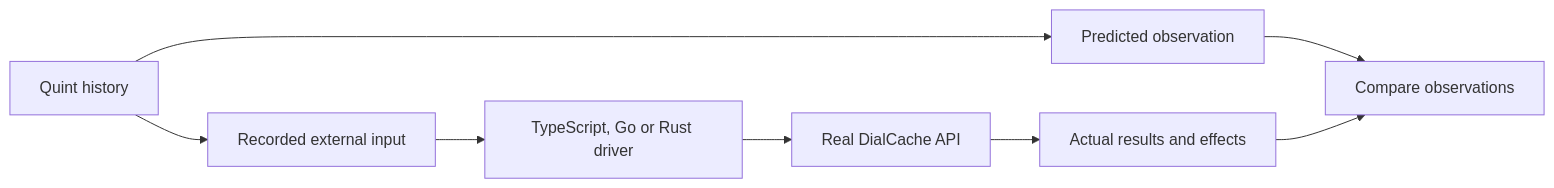
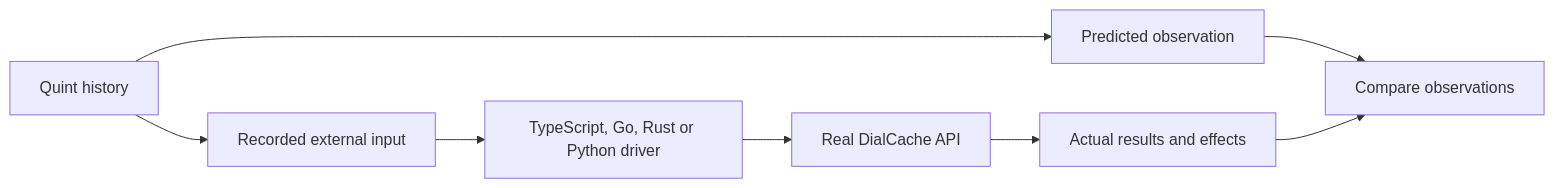
One commit to lan17/DialCache changed the diagram in formal/guides/WALKTHROUGH.md. Above: the diagram before and after it, drawn with Mermaid. The commit also changed other lines of this file and 14 other files, not shown here.

````diff
--- a/formal/guides/WALKTHROUGH.md
+++ b/formal/guides/WALKTHROUGH.md
@@ -64,10 +64,10 @@
 ```mermaid
 flowchart LR
   Q[Quint history] --> I[Recorded external input]
   Q --> P[Predicted observation]
-  I --> D[TypeScript, Go or Rust driver]
+  I --> D[TypeScript, Go, Rust or Python driver]
   D --> C[Real DialCache API]
   C --> O[Actual results and effects]
   P --> A[Compare observations]
   O --> A
 ```
````
